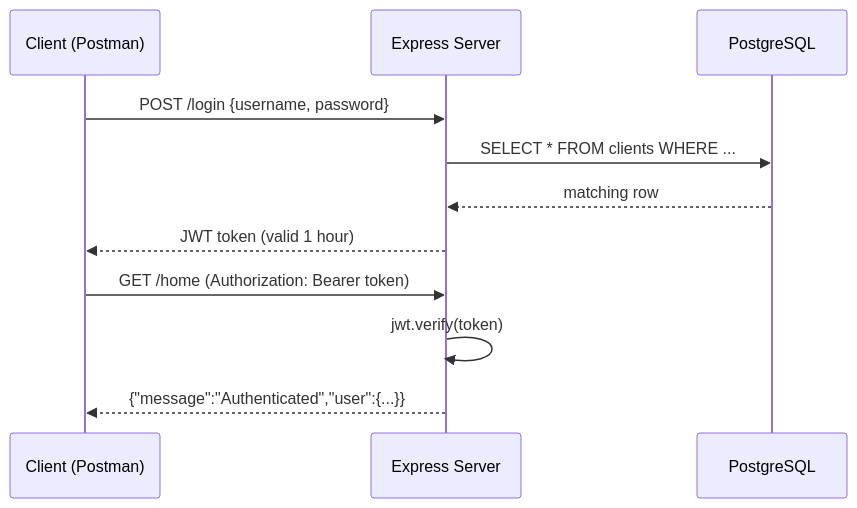
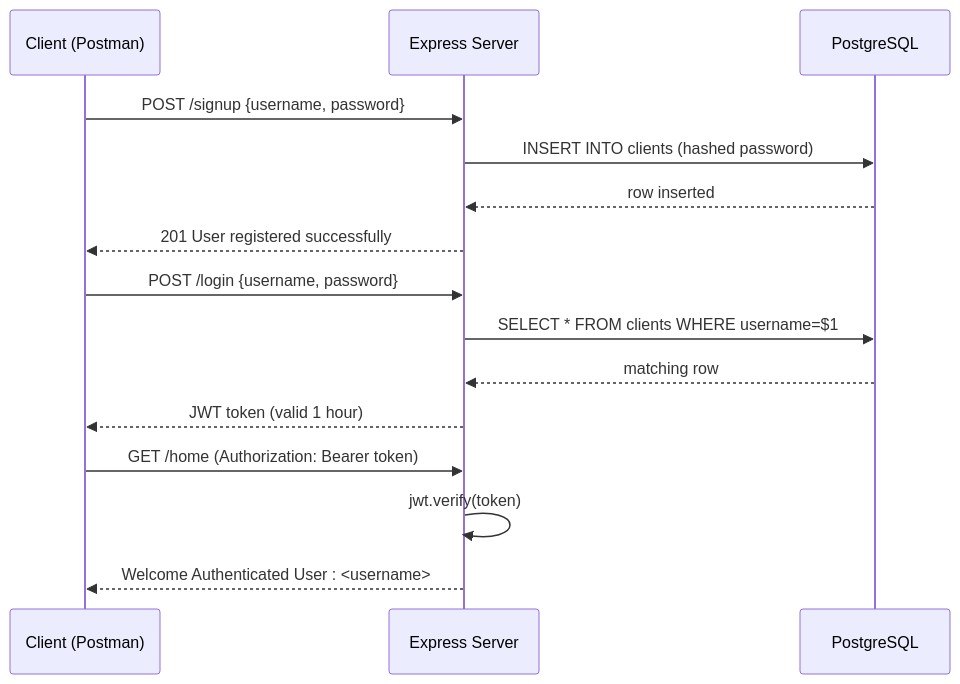
The diagram in README.md (khogayehumkaha/MERN-LAB-Aug-2026), drawn with Mermaid before and after one commit. The commit also changed other lines of this file and 1 other file, not shown here.

````diff
--- a/README.md
+++ b/README.md
@@ -1231,13 +1220,17 @@
 ```mermaid
 sequenceDiagram
     participant C as Client (Postman)
     participant S as Express Server
     participant D as PostgreSQL
+    C->>S: POST /signup  {username, password}
+    S->>D: INSERT INTO clients (hashed password)
+    D-->>S: row inserted
+    S-->>C: 201 User registered successfully
     C->>S: POST /login  {username, password}
-    S->>D: SELECT * FROM clients WHERE ...
+    S->>D: SELECT * FROM clients WHERE username=$1
     D-->>S: matching row
     S-->>C: JWT token (valid 1 hour)
     C->>S: GET /home  (Authorization: Bearer token)
     S->>S: jwt.verify(token)
-    S-->>C: {"message":"Authenticated","user":{...}}
+    S-->>C: Welcome Authenticated User : <username>
 ```
````
